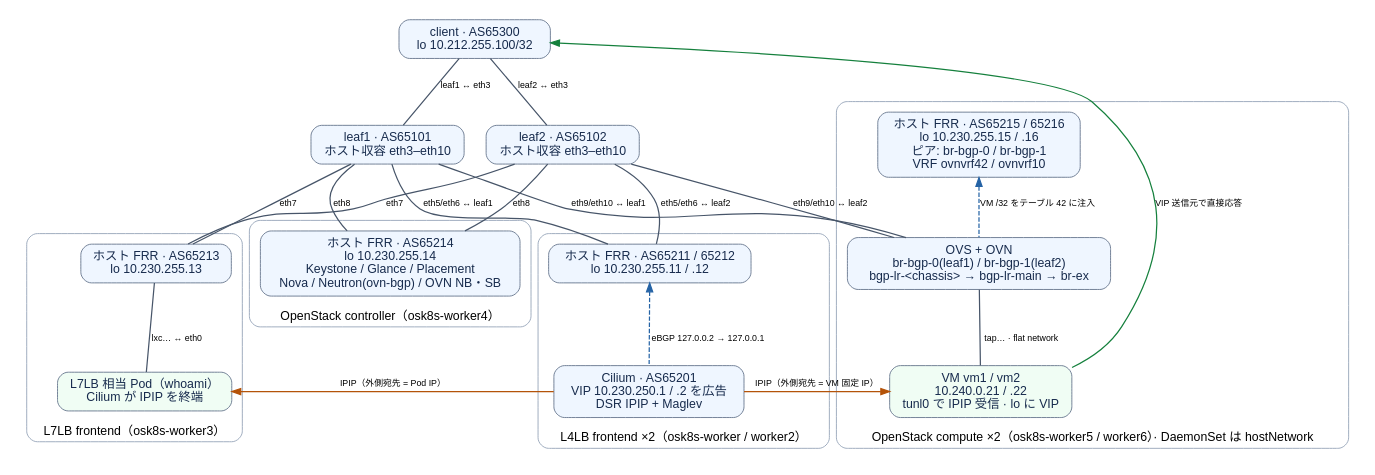
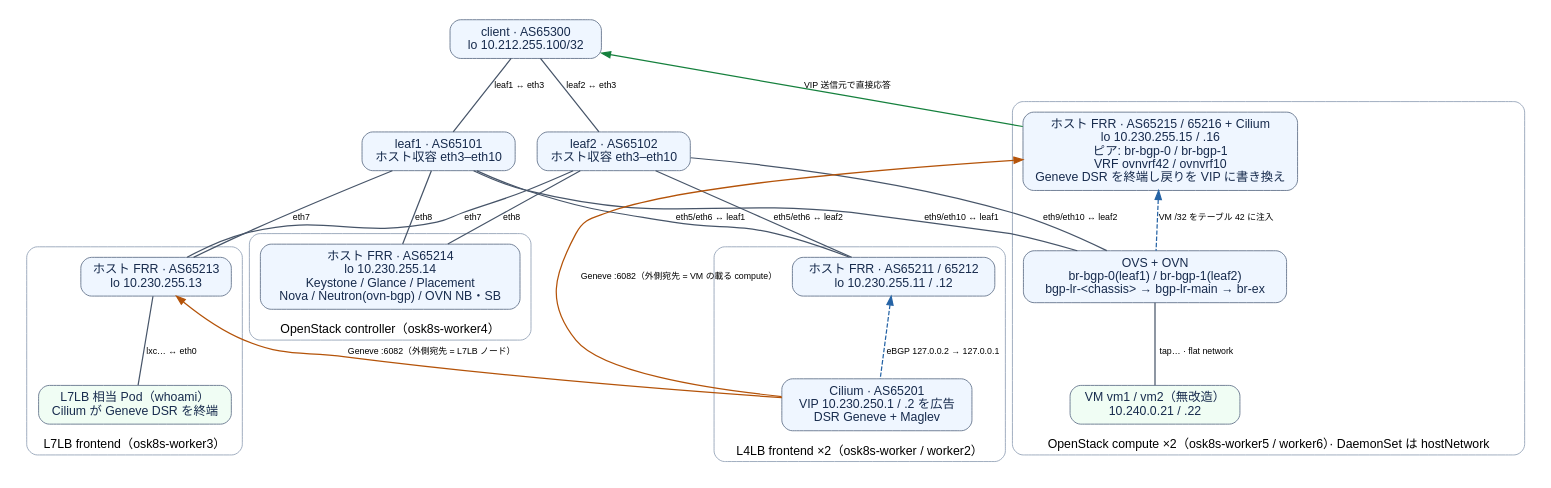
The diagram in openstack-on-k8s-cilium-dsr/network.dot (sugaf1204/infra-lab), drawn with Graphviz before and after one commit. The commit also changed 11 other files, not shown here.

First line of the commit message:
openstack-on-k8s-cilium-dsr: Terminate DSR on compute nodes with Geneve instead of in VMs

```diff
--- a/openstack-on-k8s-cilium-dsr/network.dot
+++ b/openstack-on-k8s-cilium-dsr/network.dot
@@ -1,56 +1,56 @@
 digraph osk8s {
   graph [rankdir=TB, bgcolor="#ffffff", pad=0.2, nodesep=0.35, ranksep=0.7,
          fontname="Helvetica", newrank=true];
   node [shape=box, style="rounded,filled", fillcolor="#eff6ff", color="#64748b",
         fontname="Helvetica", fontcolor="#172b4d", margin="0.14,0.1"];
   edge [color="#475569", penwidth=1.4, fontname="Helvetica", fontsize=10];
 
   client [label="client · AS65300\nlo 10.212.255.100/32"];
   leaf1 [label="leaf1 · AS65101\nホスト収容 eth3–eth10"];
   leaf2 [label="leaf2 · AS65102\nホスト収容 eth3–eth10"];
   {rank=same; leaf1; leaf2}
   client -> leaf1 [dir=none, label="leaf1 ↔ eth3"];
   client -> leaf2 [dir=none, label="leaf2 ↔ eth3"];
 
   subgraph cluster_l4 {
     label="L4LB frontend ×2（osk8s-worker / worker2）"; labelloc=b;
     style=rounded; color="#94a3b8"; margin=12;
     l4frr [label="ホスト FRR · AS65211 / 65212\nlo 10.230.255.11 / .12"];
-    l4cil [label="Cilium · AS65201\nVIP 10.230.250.1 / .2 を広告\nDSR IPIP + Maglev"];
+    l4cil [label="Cilium · AS65201\nVIP 10.230.250.1 / .2 を広告\nDSR Geneve + Maglev"];
     l4frr -> l4cil [dir=back, style=dashed, color="#2563a5", label="eBGP 127.0.0.2 → 127.0.0.1"];
   }
   subgraph cluster_l7 {
     label="L7LB frontend（osk8s-worker3）"; labelloc=b;
     style=rounded; color="#94a3b8"; margin=12;
     l7frr [label="ホスト FRR · AS65213\nlo 10.230.255.13"];
-    l7pod [label="L7LB 相当 Pod（whoami）\nCilium が IPIP を終端", fillcolor="#f0fdf4"];
+    l7pod [label="L7LB 相当 Pod（whoami）\nCilium が Geneve DSR を終端", fillcolor="#f0fdf4"];
     l7frr -> l7pod [dir=none, label="lxc… ↔ eth0"];
   }
   subgraph cluster_ctl {
     label="OpenStack controller（osk8s-worker4）"; labelloc=b;
     style=rounded; color="#94a3b8"; margin=12;
     ctl [label="ホスト FRR · AS65214\nlo 10.230.255.14\nKeystone / Glance / Placement\nNova / Neutron(ovn-bgp) / OVN NB・SB"];
   }
   subgraph cluster_cmp {
     label="OpenStack compute ×2（osk8s-worker5 / worker6）· DaemonSet は hostNetwork"; labelloc=b;
     style=rounded; color="#94a3b8"; margin=12;
-    cmpfrr [label="ホスト FRR · AS65215 / 65216\nlo 10.230.255.15 / .16\nピア: br-bgp-0 / br-bgp-1\nVRF ovnvrf42 / ovnvrf10"];
+    cmpfrr [label="ホスト FRR · AS65215 / 65216 + Cilium\nlo 10.230.255.15 / .16\nピア: br-bgp-0 / br-bgp-1\nVRF ovnvrf42 / ovnvrf10\nGeneve DSR を終端し戻りを VIP に書き換え"];
     ovn [label="OVS + OVN\nbr-bgp-0(leaf1) / br-bgp-1(leaf2)\nbgp-lr-<chassis> → bgp-lr-main → br-ex"];
-    vm [label="VM vm1 / vm2\n10.240.0.21 / .22\ntunl0 で IPIP 受信 · lo に VIP", fillcolor="#f0fdf4"];
+    vm [label="VM vm1 / vm2（無改造）\n10.240.0.21 / .22", fillcolor="#f0fdf4"];
     cmpfrr -> ovn [dir=back, style=dashed, color="#2563a5", label="VM /32 をテーブル 42 に注入"];
     ovn -> vm [dir=none, label="tap… · flat network"];
   }
 
   leaf1 -> l4frr [dir=none, label="eth5/eth6 ↔ leaf1"];
   leaf2 -> l4frr [dir=none, label="eth5/eth6 ↔ leaf2"];
   leaf1 -> l7frr [dir=none, label="eth7"];
   leaf2 -> l7frr [dir=none, label="eth7"];
   leaf1 -> ctl [dir=none, label="eth8"];
   leaf2 -> ctl [dir=none, label="eth8"];
   leaf1 -> ovn [dir=none, label="eth9/eth10 ↔ leaf1"];
   leaf2 -> ovn [dir=none, label="eth9/eth10 ↔ leaf2"];
 
-  l4cil -> l7pod [color="#b45309", constraint=false, label="IPIP（外側宛先 = Pod IP）"];
-  l4cil -> vm [color="#b45309", constraint=false, label="IPIP（外側宛先 = VM 固定 IP）"];
-  vm -> client [color="#15803d", constraint=false, label="VIP 送信元で直接応答"];
+  l4cil -> l7frr [color="#b45309", constraint=false, label="Geneve :6082（外側宛先 = L7LB ノード）"];
+  l4cil -> cmpfrr [color="#b45309", constraint=false, label="Geneve :6082（外側宛先 = VM の載る compute）"];
+  cmpfrr -> client [color="#15803d", constraint=false, label="VIP 送信元で直接応答"];
 }
```
